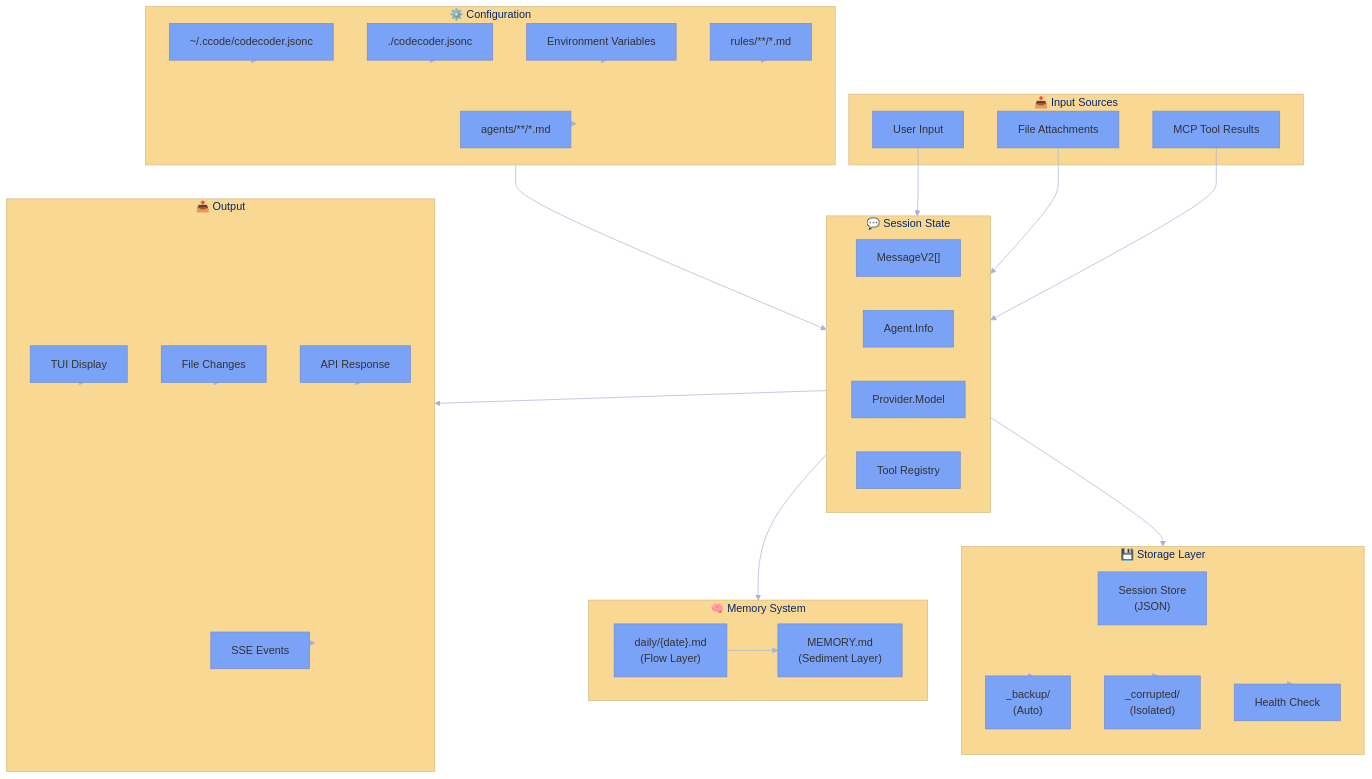
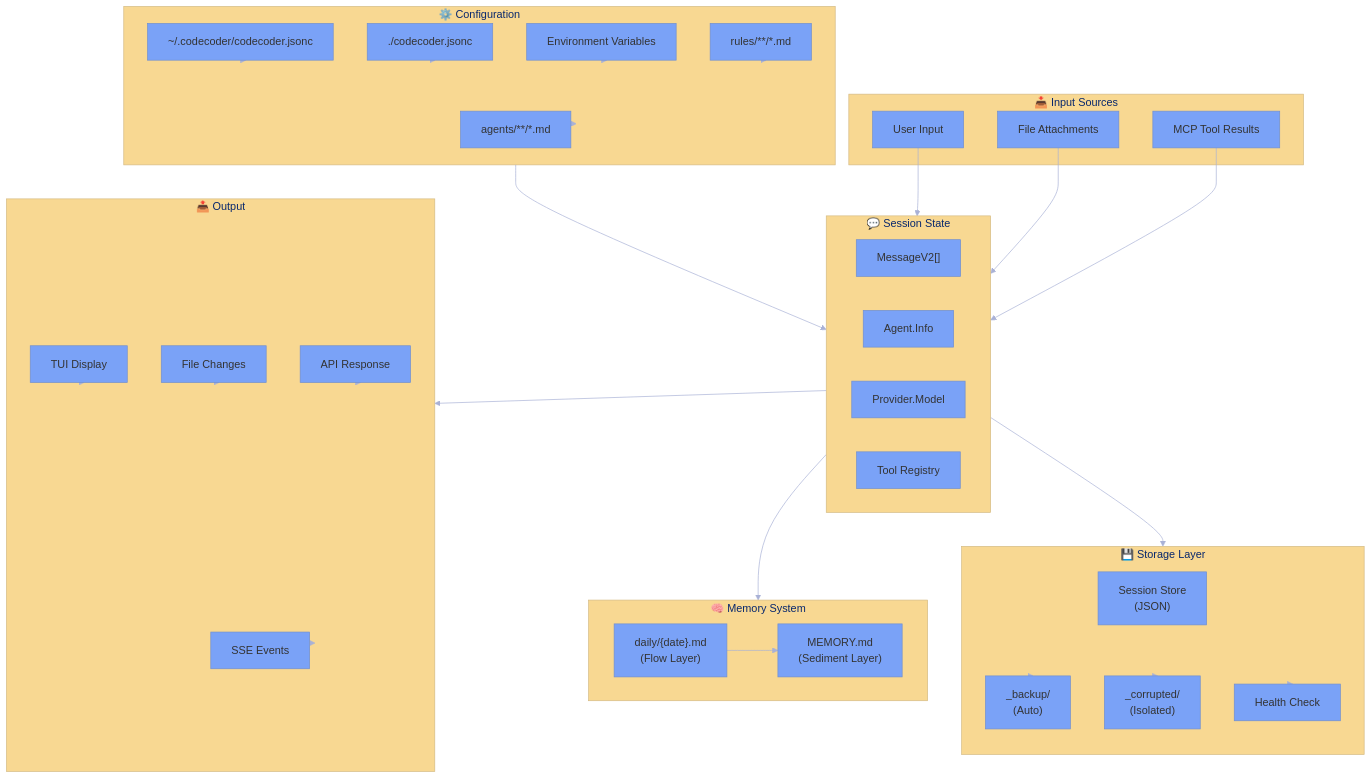
Before and after one commit to iannil/code-coder: the diagram in docs/diagrams/05-data-flow.mmd, drawn with Mermaid. The commit also changed 97 other files, not shown here.

```diff
--- a/docs/diagrams/05-data-flow.mmd
+++ b/docs/diagrams/05-data-flow.mmd
@@ -1,68 +1,68 @@
 %%{init: {'theme': 'base', 'themeVariables': { 'primaryColor': '#7aa2f7', 'lineColor': '#a9b1d6'}}}%%
 flowchart TB
     subgraph Input["📥 Input Sources"]
         UserInput["User Input"]
         FileAttach["File Attachments"]
         MCPTools["MCP Tool Results"]
     end
 
     subgraph Config["⚙️ Configuration"]
-        GlobalConfig["~/.ccode/codecoder.jsonc"]
+        GlobalConfig["~/.codecoder/codecoder.jsonc"]
         ProjectConfig["./codecoder.jsonc"]
         EnvVars["Environment Variables"]
         Rules["rules/**/*.md"]
         AgentDefs["agents/**/*.md"]
     end
 
     subgraph Session["💬 Session State"]
         Messages["MessageV2[]"]
         AgentInfo["Agent.Info"]
         ModelInfo["Provider.Model"]
         ToolState["Tool Registry"]
     end
 
     subgraph Storage["💾 Storage Layer"]
         direction TB
         SessionStore["Session Store<br/>(JSON)"]
         Backup["_backup/<br/>(Auto)"]
         Corrupted["_corrupted/<br/>(Isolated)"]
         Health["Health Check"]
     end
 
     subgraph Memory["🧠 Memory System"]
         Daily["daily/{date}.md<br/>(Flow Layer)"]
         LongTerm["MEMORY.md<br/>(Sediment Layer)"]
     end
 
     subgraph Output["📤 Output"]
         TUIDisplay["TUI Display"]
         FileWrite["File Changes"]
         APIResponse["API Response"]
         SSEStream["SSE Events"]
     end
 
     UserInput --> Session
     FileAttach --> Session
     MCPTools --> Session
 
     GlobalConfig --> Config
     ProjectConfig --> Config
     EnvVars --> Config
     Rules --> Config
     AgentDefs --> Config
 
     Config --> Session
 
     Session --> Storage
     Storage --> Backup
     Storage --> Corrupted
     Storage --> Health
 
     Session --> Memory
     Daily --> LongTerm
 
     Session --> Output
     TUIDisplay --> Output
     FileWrite --> Output
     APIResponse --> Output
     SSEStream --> Output
```
